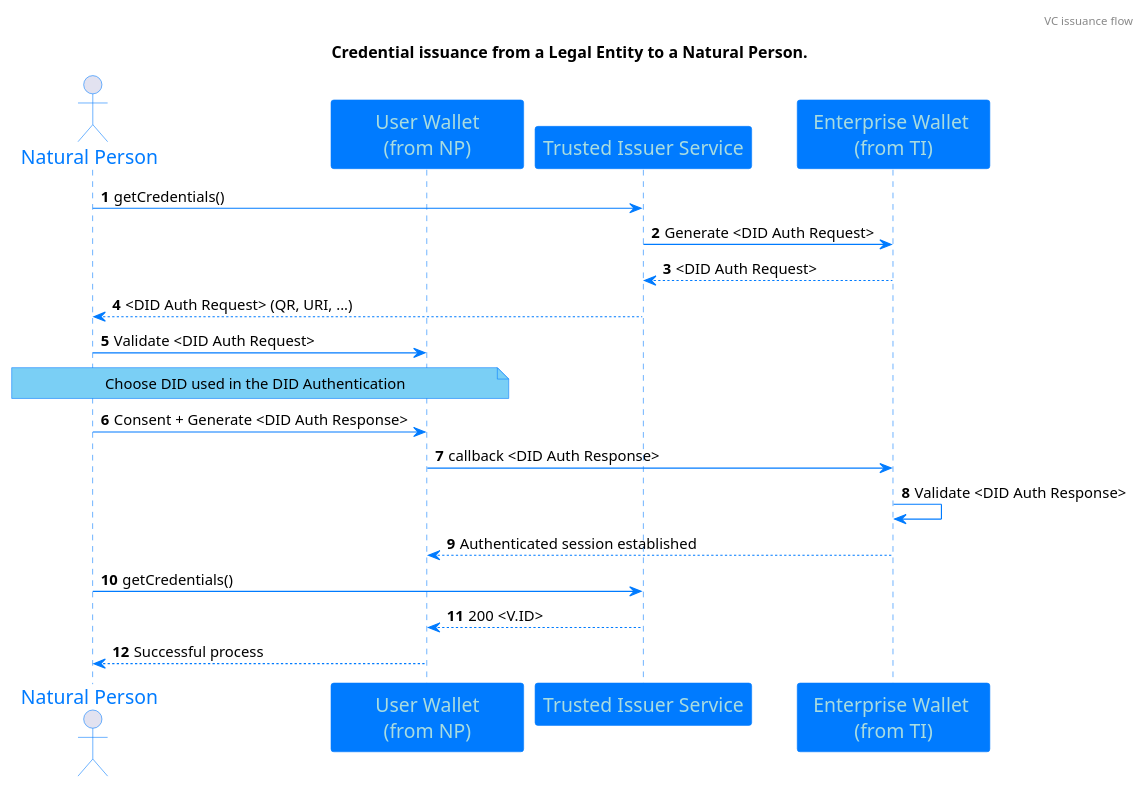
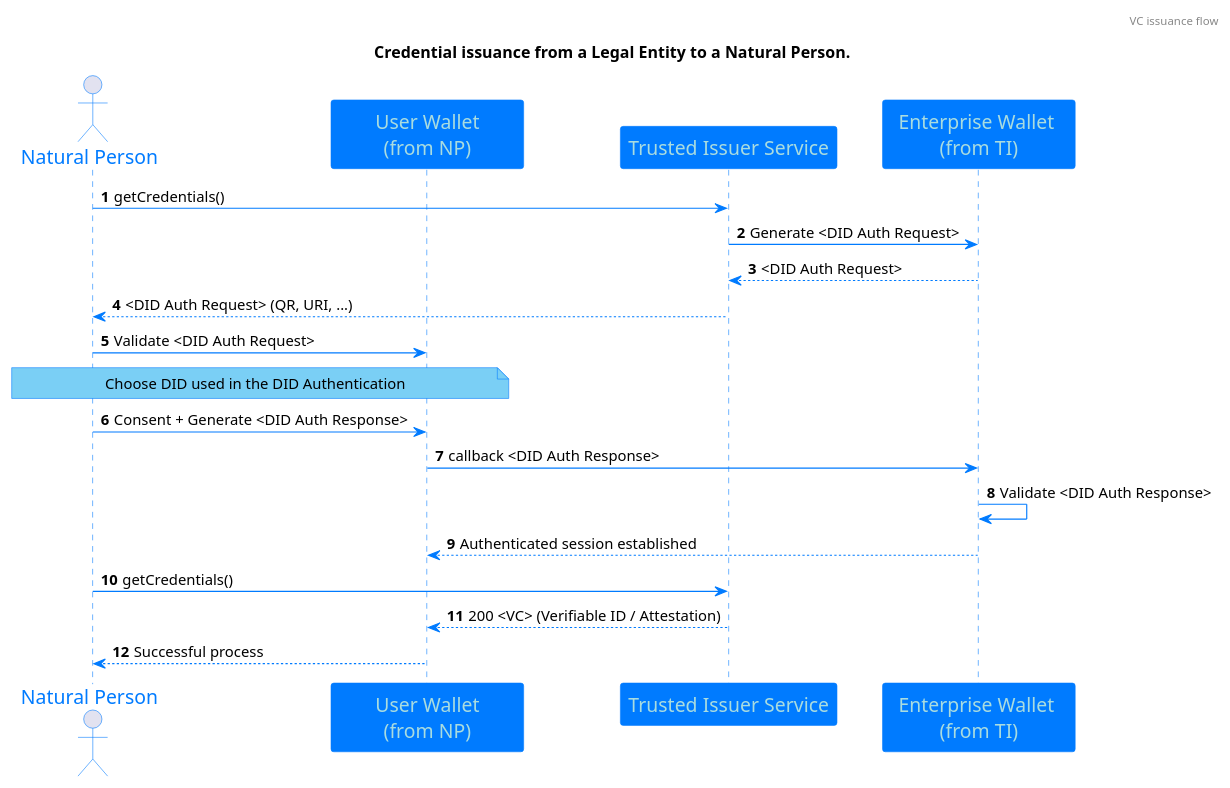
Before and after one commit to walt-id/waltid-ssikit: the diagram in src/main/kotlin/org/letstrust/examples/05_main-essif-vc-issuance.puml, drawn with PlantUML. The commit also changed 6 other files, not shown here.

```diff
--- a/src/main/kotlin/org/letstrust/examples/05_main-essif-vc-issuance.puml
+++ b/src/main/kotlin/org/letstrust/examples/05_main-essif-vc-issuance.puml
@@ -1,72 +1,72 @@
 @startuml
 'https://plantuml.com/sequence-diagram
 
 skinparam classFontColor 007BFF
 skinparam classFontSize 12
 skinparam classFontName Aapex
 skinparam backgroundColor white
 skinparam minClassWidth 155
 skinparam nodesep 34
 skinparam ranksep 70
 
 skinparam sequence {
 ArrowColor 007BFF
 ActorBorderColor 007BFF
 LifeLineBorderColor 007BFF
 LifeLineBackgroundColor 007BFF
 
 ParticipantBorderColor 007BFF
 ParticipantBackgroundColor 007BFF
 ParticipantFontName Impact
 ParticipantFontSize 17
 ParticipantFontColor #A9DCDF
 
 'ActorBackgroundColor aqua
 ActorFontColor 007BFF
 ActorFontSize 17
 ActorFontName Aapex
 }
 
 skinparam class {
 BorderColor 007BFF
 ArrowColor 007BFF
 BackgroundColor white
 }
 
 skinparam interface {
 BorderColor 007BFF
 ArrowColor 007BFF
 }
 
 skinparam note {
 BorderColor 007BFF
 BackgroundColor 7ACFF5
 }
 
 
 autonumber
 
 header VC issuance flow
 title
 Credential issuance from a Legal Entity to a Natural Person.
 end title
 autonumber
 actor "Natural Person" as NP
 participant "User Wallet\n(from NP)" as UW
 participant "Trusted Issuer Service" as TI
 participant "Enterprise Wallet \n(from TI)" as EW
 
 NP -> TI: getCredentials()
 TI -> EW: Generate <DID Auth Request>
 EW --> TI: <DID Auth Request>
 TI --> NP: <DID Auth Request> (QR, URI, ...)
 NP -> UW: Validate <DID Auth Request>
 note over NP, UW: Choose DID used in the DID Authentication
 NP -> UW: Consent + Generate <DID Auth Response>
 UW -> EW: callback <DID Auth Response>
 EW -> EW: Validate <DID Auth Response>
 EW --> UW: Authenticated session established
 NP -> TI: getCredentials()
-TI --> UW: 200 <V.ID>
+TI --> UW: 200 <VC> (Verifiable ID / Attestation)
 UW --> NP: Successful process
 @enduml
```
